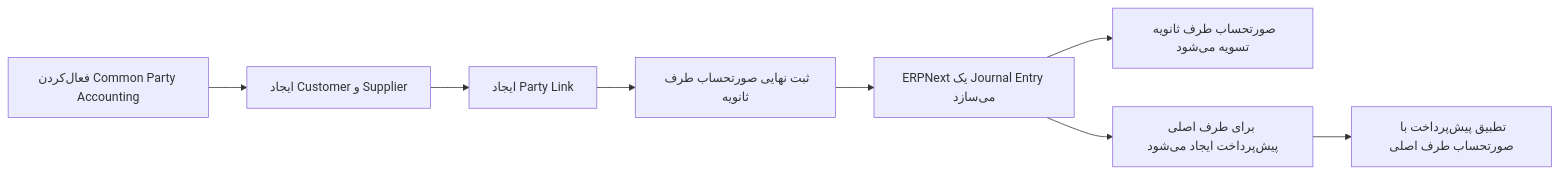
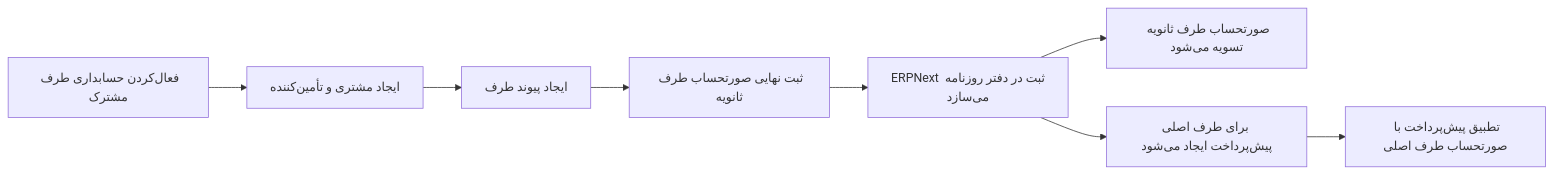
Before and after one commit to shahinesi/frappe_docs-persian: the diagram in content/fa/erpnext/common-party-accounting.md, drawn with Mermaid. The commit also changed other lines of this file and 17 other files, not shown here.

````diff
--- a/content/fa/erpnext/common-party-accounting.md
+++ b/content/fa/erpnext/common-party-accounting.md
@@ -37,10 +37,10 @@
 ```mermaid
 flowchart LR
-    A[فعال‌کردن Common Party Accounting] --> B[ایجاد Customer و Supplier]
-    B --> C[ایجاد Party Link]
+    A[فعال‌کردن حسابداری طرف مشترک] --> B[ایجاد مشتری و تأمین‌کننده]
+    B --> C[ایجاد پیوند طرف]
     C --> D[ثبت نهایی صورتحساب طرف ثانویه]
-    D --> E[ERPNext یک Journal Entry می‌سازد]
+    D --> E[ERPNext ثبت در دفتر روزنامه می‌سازد]
     E --> F[صورتحساب طرف ثانویه تسویه می‌شود]
     E --> G[برای طرف اصلی پیش‌پرداخت ایجاد می‌شود]
     G --> H[تطبیق پیش‌پرداخت با صورتحساب طرف اصلی]
 ```
````
